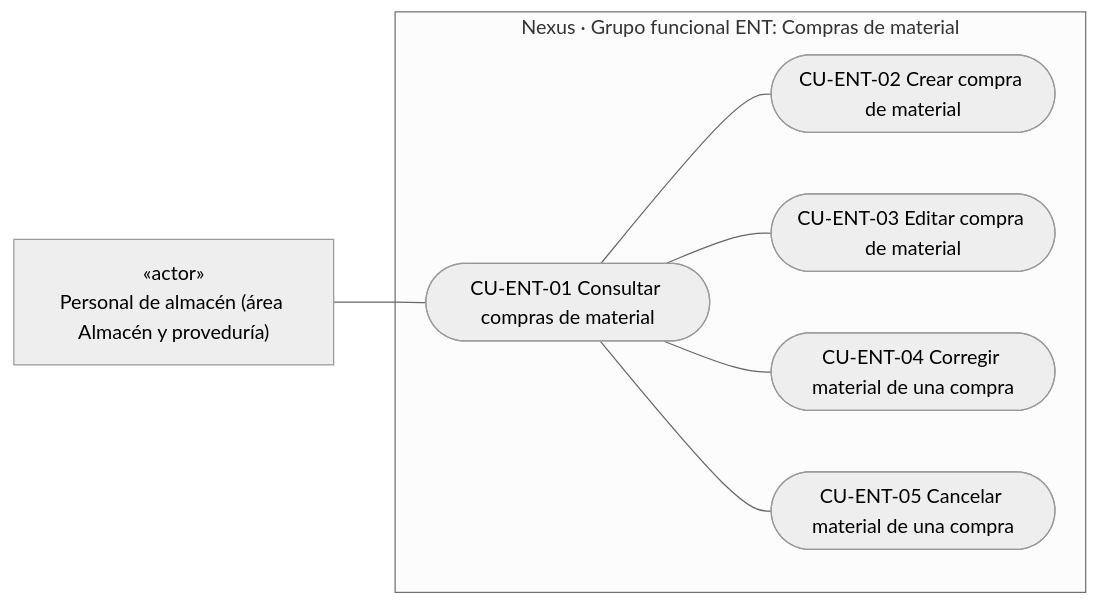
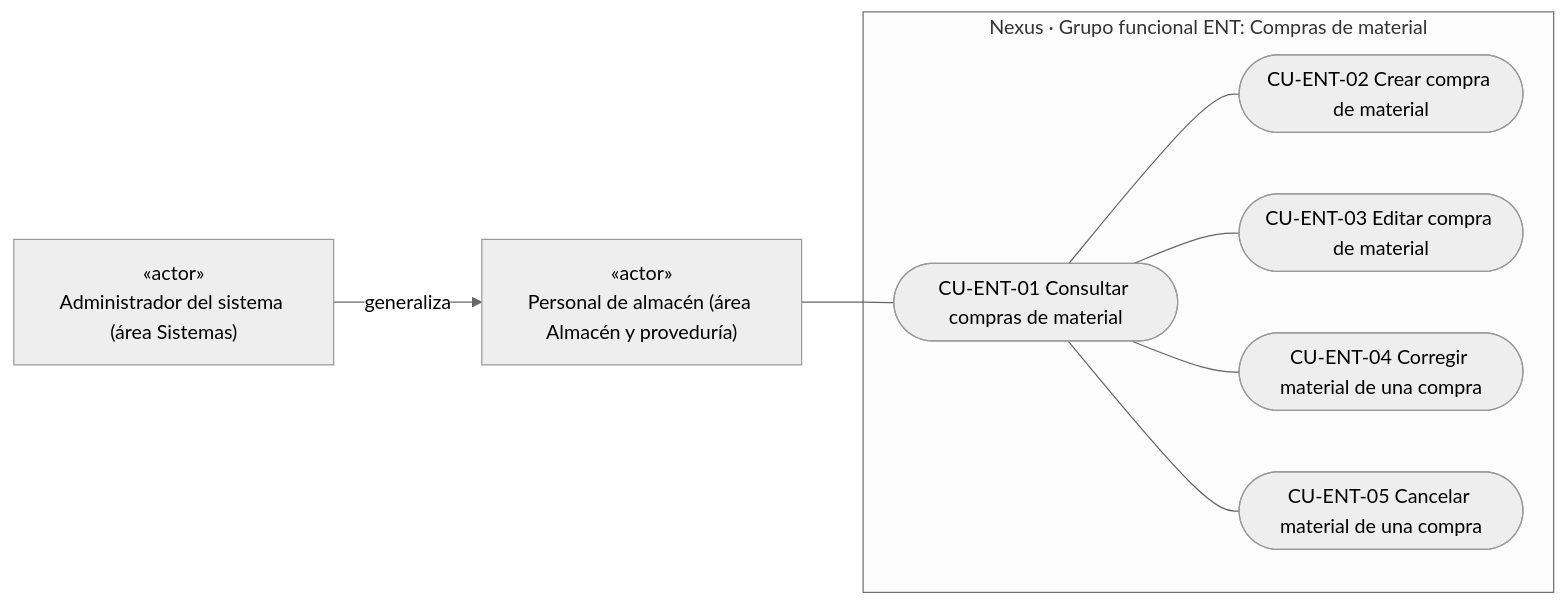
One commit to gpgsistemas01/nexus changed the fifth of 8 diagrams in docs/requirements/domain-and-use-cases.md. Above: the diagram before and after it, drawn with Mermaid (neutral theme). The commit also changed other lines of this file and 5 other files, not shown here.

````diff
--- a/docs/requirements/domain-and-use-cases.md
+++ b/docs/requirements/domain-and-use-cases.md
@@ -190,18 +208,20 @@
 ```mermaid
 flowchart LR
     warehouse["«actor»<br/>Personal de almacén (área Almacén y proveduría)"]
+    admin["«actor»<br/>Administrador del sistema (área Sistemas)"]
+    admin -- "generaliza" --> warehouse
 
     subgraph receiptPackage["Nexus · Grupo funcional ENT: Compras de material"]
         ucReceiptQuery(["CU-ENT-01 Consultar compras de material"])
         ucReceiptCreate(["CU-ENT-02 Crear compra de material"])
         ucReceiptEdit(["CU-ENT-03 Editar compra de material"])
         ucReceiptCorrect(["CU-ENT-04 Corregir material de una compra"])
         ucReceiptCancel(["CU-ENT-05 Cancelar material de una compra"])
     end
 
     warehouse --- ucReceiptQuery
     ucReceiptQuery --- ucReceiptCreate
     ucReceiptQuery --- ucReceiptEdit
     ucReceiptQuery --- ucReceiptCorrect
     ucReceiptQuery --- ucReceiptCancel
 ```
````
